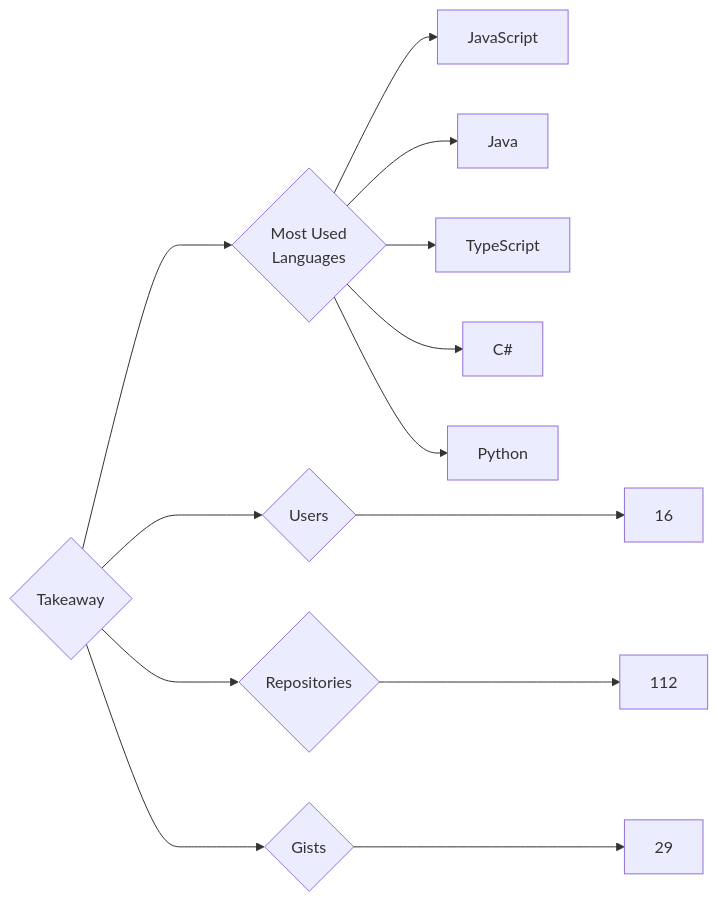
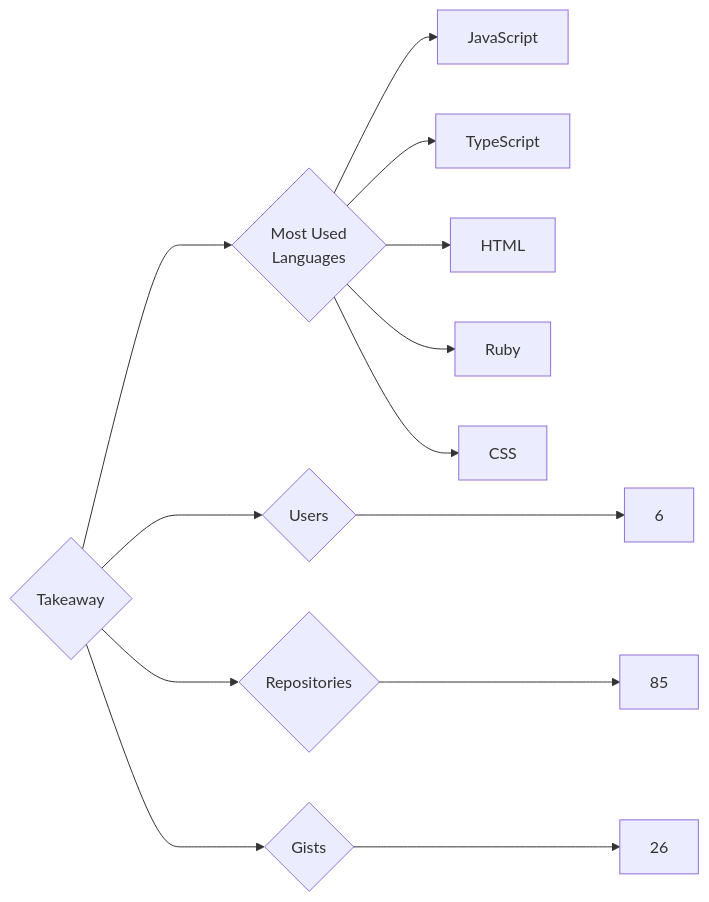
Before and after one commit to trickest/insiders: the diagram in targets/Takeaway/README.md, drawn with Mermaid. The commit also changed 948 other files, not shown here.

````diff
--- a/targets/Takeaway/README.md
+++ b/targets/Takeaway/README.md
@@ -3,13 +3,13 @@
 ```mermaid
 graph LR
 COMPANY_NAME{Takeaway}
-COMPANY_NAME ---> U{Users} ---> UN[16]
-COMPANY_NAME ---> R{Repositories} ---> RN[112]
-COMPANY_NAME ---> G{Gists} ---> GN[29]
+COMPANY_NAME ---> U{Users} ---> UN[6]
+COMPANY_NAME ---> R{Repositories} ---> RN[85]
+COMPANY_NAME ---> G{Gists} ---> GN[26]
 COMPANY_NAME ---> ML{Most Used<br>Languages}
 ML --> JavaScript[JavaScript]
-ML --> Java[Java]
 ML --> TypeScript[TypeScript]
-ML --> C#[C#]
-ML --> Python[Python]
+ML --> HTML[HTML]
+ML --> Ruby[Ruby]
+ML --> CSS[CSS]
 ```
````
